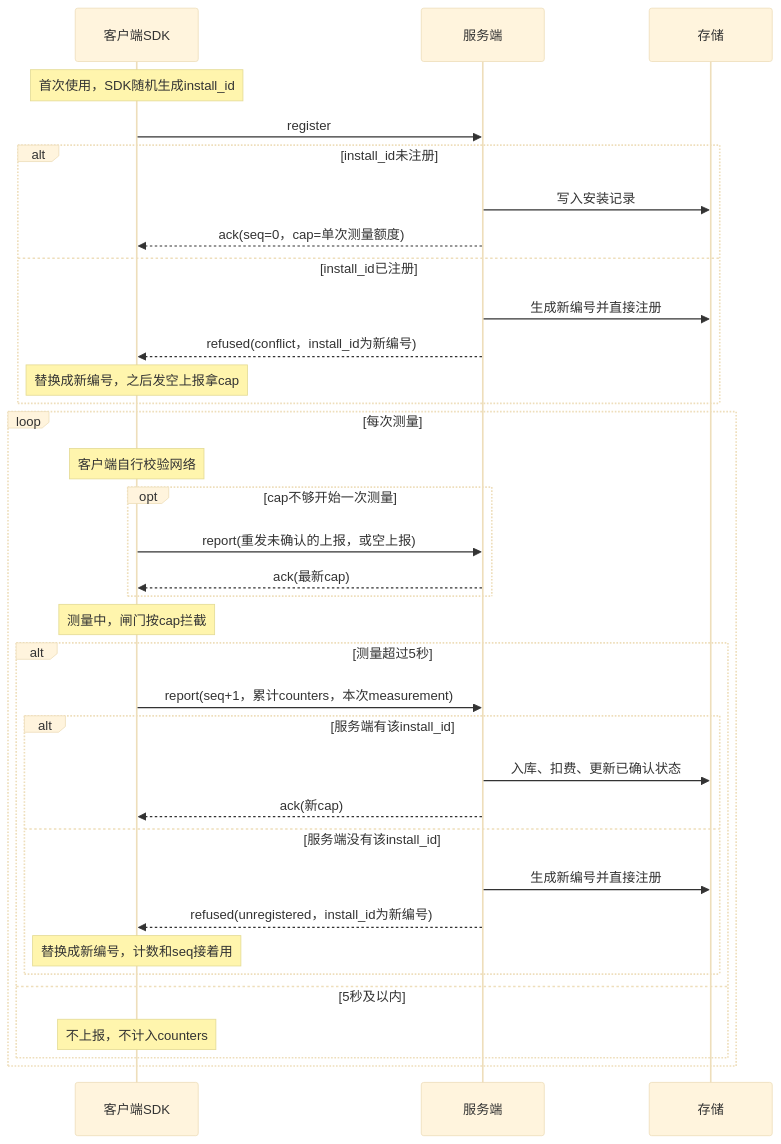
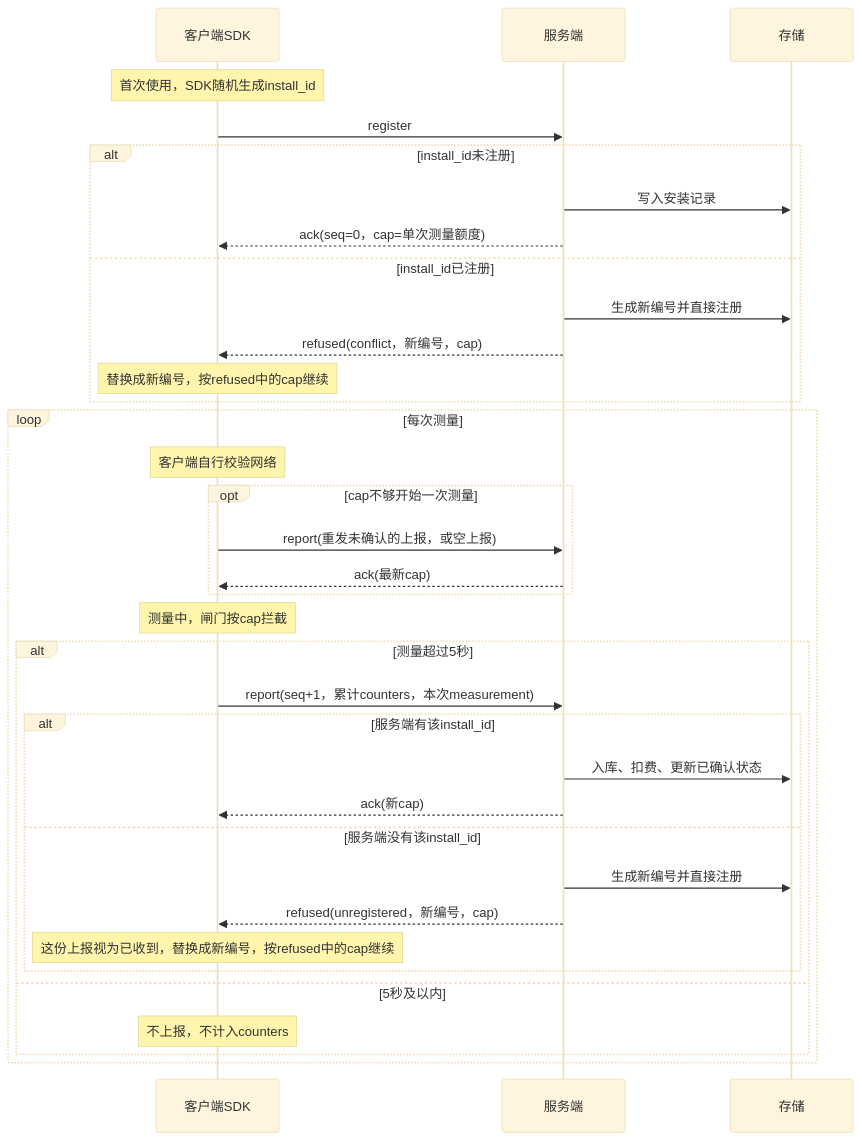
The diagram in readme.md (FacePhys/Afu-Server-demo), drawn with Mermaid (base theme) before and after one commit. The commit also changed other lines of this file and 1 other file, not shown here.

````diff
--- a/readme.md
+++ b/readme.md
@@ -323,39 +332,39 @@
 ```mermaid
 sequenceDiagram
     participant SDK as 客户端SDK
     participant S as 服务端
     participant DB as 存储
 
     Note over SDK: 首次使用，SDK随机生成install_id
     SDK->>S: register
     alt install_id未注册
         S->>DB: 写入安装记录
         S-->>SDK: ack(seq=0，cap=单次测量额度)
     else install_id已注册
         S->>DB: 生成新编号并直接注册
-        S-->>SDK: refused(conflict，install_id为新编号)
-        Note over SDK: 替换成新编号，之后发空上报拿cap
+        S-->>SDK: refused(conflict，新编号，cap)
+        Note over SDK: 替换成新编号，按refused中的cap继续
     end
 
     loop 每次测量
         Note over SDK: 客户端自行校验网络
         opt cap不够开始一次测量
             SDK->>S: report(重发未确认的上报，或空上报)
             S-->>SDK: ack(最新cap)
         end
         Note over SDK: 测量中，闸门按cap拦截
         alt 测量超过5秒
             SDK->>S: report(seq+1，累计counters，本次measurement)
             alt 服务端有该install_id
                 S->>DB: 入库、扣费、更新已确认状态
                 S-->>SDK: ack(新cap)
             else 服务端没有该install_id
                 S->>DB: 生成新编号并直接注册
-                S-->>SDK: refused(unregistered，install_id为新编号)
-                Note over SDK: 替换成新编号，计数和seq接着用
+                S-->>SDK: refused(unregistered，新编号，cap)
+                Note over SDK: 这份上报视为已收到，替换成新编号，按refused中的cap继续
             end
         else 5秒及以内
             Note over SDK: 不上报，不计入counters
         end
     end
 ```
````
